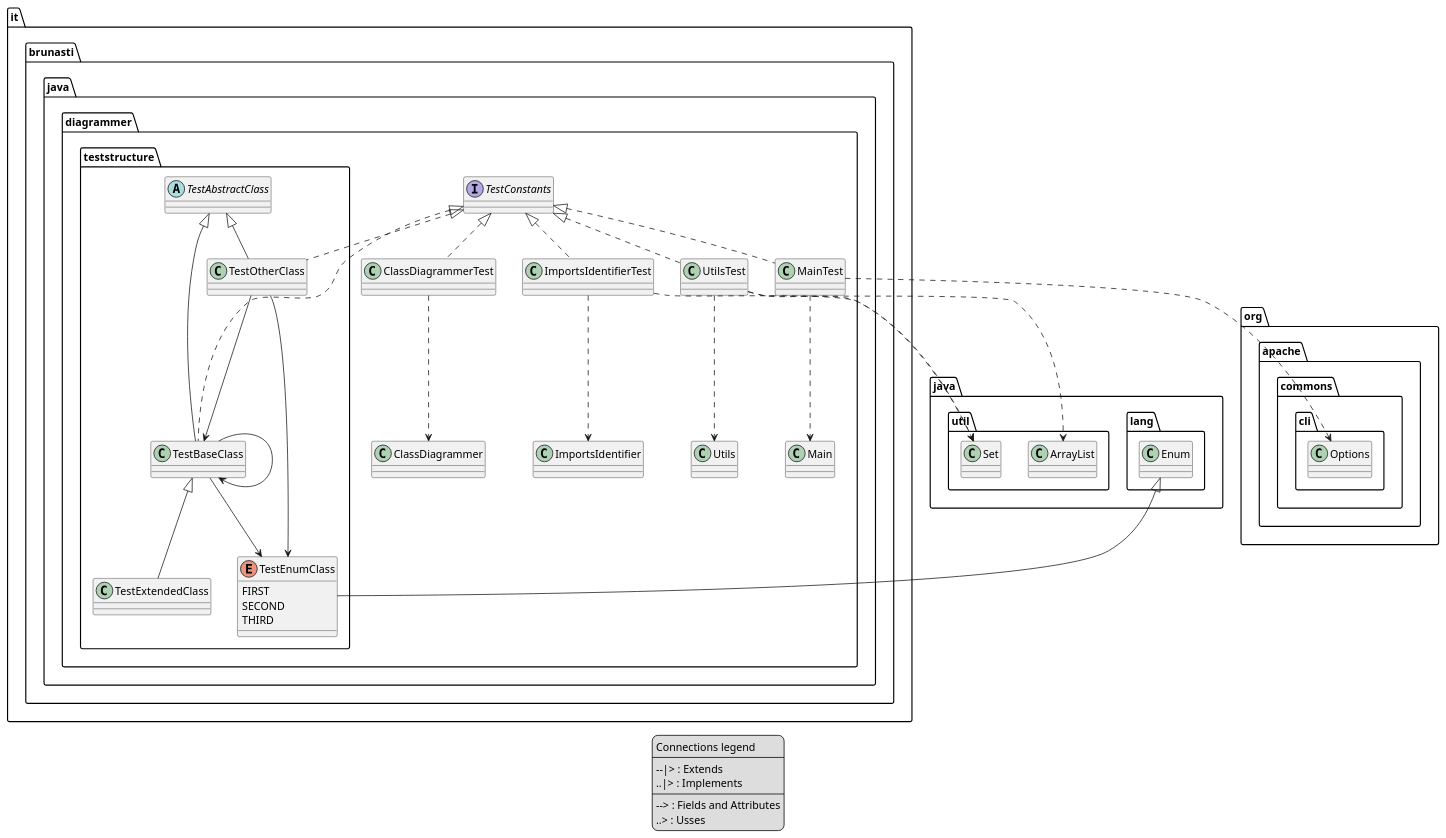
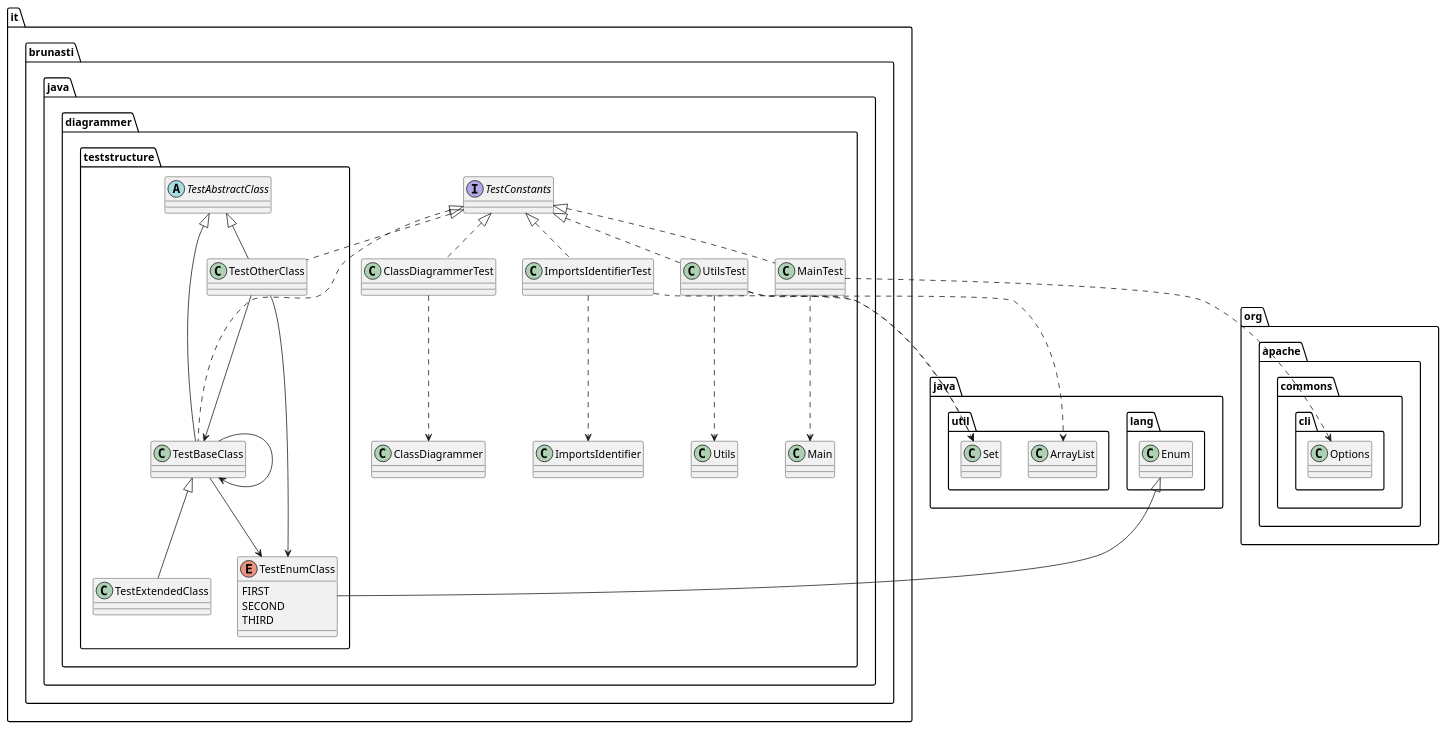
One commit to brunasti/java-diagrammer changed the diagram in docs/output-test.puml. Above: the diagram before and after it, drawn with PlantUML. The commit also changed 7 other files, not shown here.

```diff
--- a/docs/output-test.puml
+++ b/docs/output-test.puml
@@ -1,71 +1,62 @@
 @startuml
 'https://plantuml.com/class-diagram
 
 ' GENERATE CLASS DIAGRAM ===========
 ' Generator       : it.brunasti.java.diagrammer.ClassDiagrammer
 ' Path            : [./target/test-classes]
 ' Configuration   : []
-' Generated at    : Fri Mar 29 11:39:04 CET 2024
-legend
-Connections legend
-----
---|> : Extends
-..|> : Implements
-----
---> : Fields and Attributes
-..> : Usses
-end legend
+' Generated at    : Fri Mar 29 12:10:16 CET 2024
 
 
 
 ' CLASSES =======
 class it.brunasti.java.diagrammer.ClassDiagrammerTest
 class it.brunasti.java.diagrammer.UtilsTest
 interface it.brunasti.java.diagrammer.TestConstants
 class it.brunasti.java.diagrammer.ImportsIdentifierTest
 abstract it.brunasti.java.diagrammer.teststructure.TestAbstractClass
 class it.brunasti.java.diagrammer.teststructure.TestBaseClass
 enum it.brunasti.java.diagrammer.teststructure.TestEnumClass{
   FIRST
   SECOND
   THIRD
 }
 class it.brunasti.java.diagrammer.teststructure.TestExtendedClass
 class it.brunasti.java.diagrammer.teststructure.TestOtherClass
 class it.brunasti.java.diagrammer.MainTest
 
 ' INHERITANCES =======
 it.brunasti.java.diagrammer.teststructure.TestAbstractClass <|-- it.brunasti.java.diagrammer.teststructure.TestBaseClass
 java.lang.Enum <|-- it.brunasti.java.diagrammer.teststructure.TestEnumClass
 it.brunasti.java.diagrammer.teststructure.TestBaseClass <|-- it.brunasti.java.diagrammer.teststructure.TestExtendedClass
 it.brunasti.java.diagrammer.teststructure.TestAbstractClass <|-- it.brunasti.java.diagrammer.teststructure.TestOtherClass
 
 ' IMPLEMENT INTERFACE =======
 it.brunasti.java.diagrammer.TestConstants <|.. it.brunasti.java.diagrammer.ClassDiagrammerTest
 it.brunasti.java.diagrammer.TestConstants <|.. it.brunasti.java.diagrammer.UtilsTest
 it.brunasti.java.diagrammer.TestConstants <|.. it.brunasti.java.diagrammer.ImportsIdentifierTest
 it.brunasti.java.diagrammer.TestConstants <|.. it.brunasti.java.diagrammer.teststructure.TestBaseClass
 it.brunasti.java.diagrammer.TestConstants <|.. it.brunasti.java.diagrammer.teststructure.TestOtherClass
 it.brunasti.java.diagrammer.TestConstants <|.. it.brunasti.java.diagrammer.MainTest
 
 ' FIELDS =======
 it.brunasti.java.diagrammer.teststructure.TestBaseClass --> it.brunasti.java.diagrammer.teststructure.TestBaseClass
 it.brunasti.java.diagrammer.teststructure.TestBaseClass --> it.brunasti.java.diagrammer.teststructure.TestEnumClass
 it.brunasti.java.diagrammer.teststructure.TestOtherClass --> it.brunasti.java.diagrammer.teststructure.TestBaseClass
 it.brunasti.java.diagrammer.teststructure.TestOtherClass --> it.brunasti.java.diagrammer.teststructure.TestEnumClass
 
 ' USES =======
 it.brunasti.java.diagrammer.ClassDiagrammerTest ..> it.brunasti.java.diagrammer.ClassDiagrammer
 it.brunasti.java.diagrammer.UtilsTest ..> it.brunasti.java.diagrammer.Utils
 it.brunasti.java.diagrammer.UtilsTest ..> java.util.Set
 it.brunasti.java.diagrammer.UtilsTest ..> java.util.ArrayList
 it.brunasti.java.diagrammer.ImportsIdentifierTest ..> java.util.Set
 it.brunasti.java.diagrammer.ImportsIdentifierTest ..> it.brunasti.java.diagrammer.ImportsIdentifier
 it.brunasti.java.diagrammer.MainTest ..> it.brunasti.java.diagrammer.Main
 it.brunasti.java.diagrammer.MainTest ..> org.apache.commons.cli.Options
 
 ' IMPORTS =======
 ' Java Files Path : 
 
 
 @enduml
```
